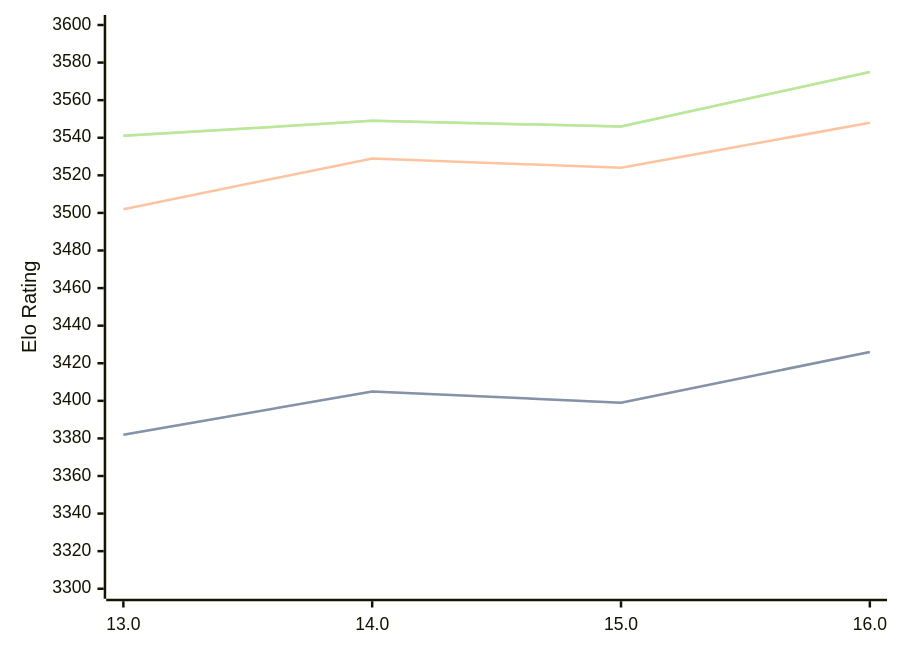
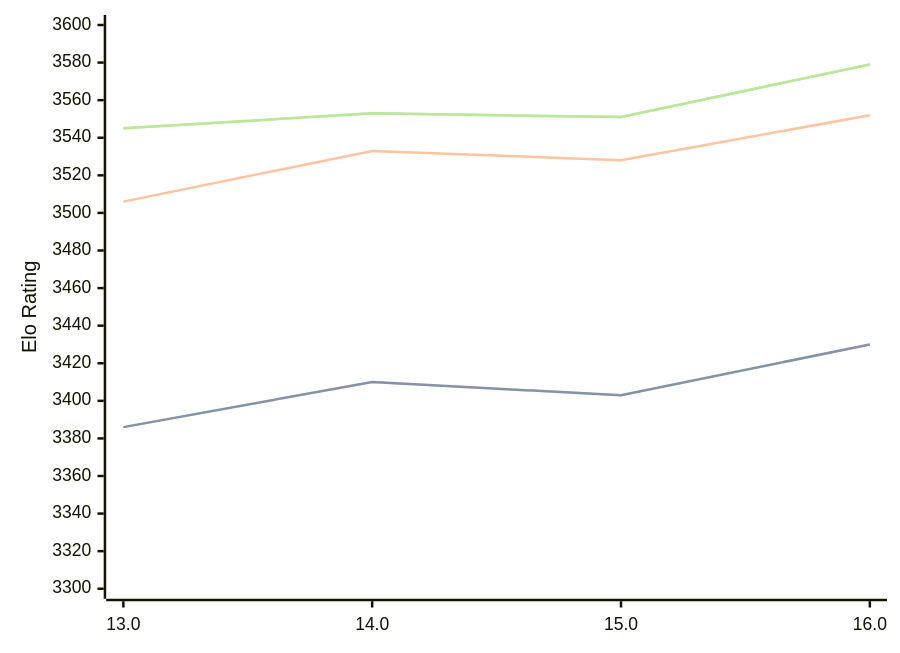
One commit to computer-chess-index/cci changed the diagram in engines/Obsidian.md. Above: the diagram before and after it, drawn with Mermaid. The commit also changed other lines of this file, not shown here.

Commit message:
Update CCI Ratings (ELO VLTC) - 2026-08-18

````diff
--- a/engines/Obsidian.md
+++ b/engines/Obsidian.md
@@ -34,11 +34,11 @@
 ```mermaid
 %%{init: {"theme":"base","themeVariables":{"seriesColors:['#a3a3a3','#222221','#faa371']}}}%%
 xychart-beta
   x-axis ["13.0", "14.0", "15.0", "16.0"]
   y-axis "Elo Rating" 3300 --> 3600
-  line "STC (8.0+0.08s)" [3382, 3405, 3399, 3426]
-  line "STC (8.0+0.08s)" [3382, 3405, 3399, 3426]
-  line "LTC (60.0+0.60s)" [3502, 3529, 3524, 3548]
-  line "VLTC (2m24s+1.12s)" [3541, 3549, 3546, 3575]
-  line "VLTC (2m24s+1.12s)" [3541, 3549, 3546, 3575]
+  line "STC (8.0+0.08s)" [3386, 3410, 3403, 3430]
+  line "STC (8.0+0.08s)" [3386, 3410, 3403, 3430]
+  line "LTC (60.0+0.60s)" [3506, 3533, 3528, 3552]
+  line "VLTC (2m24s+1.12s)" [3545, 3553, 3551, 3579]
+  line "VLTC (2m24s+1.12s)" [3545, 3553, 3551, 3579]
 ```
````
